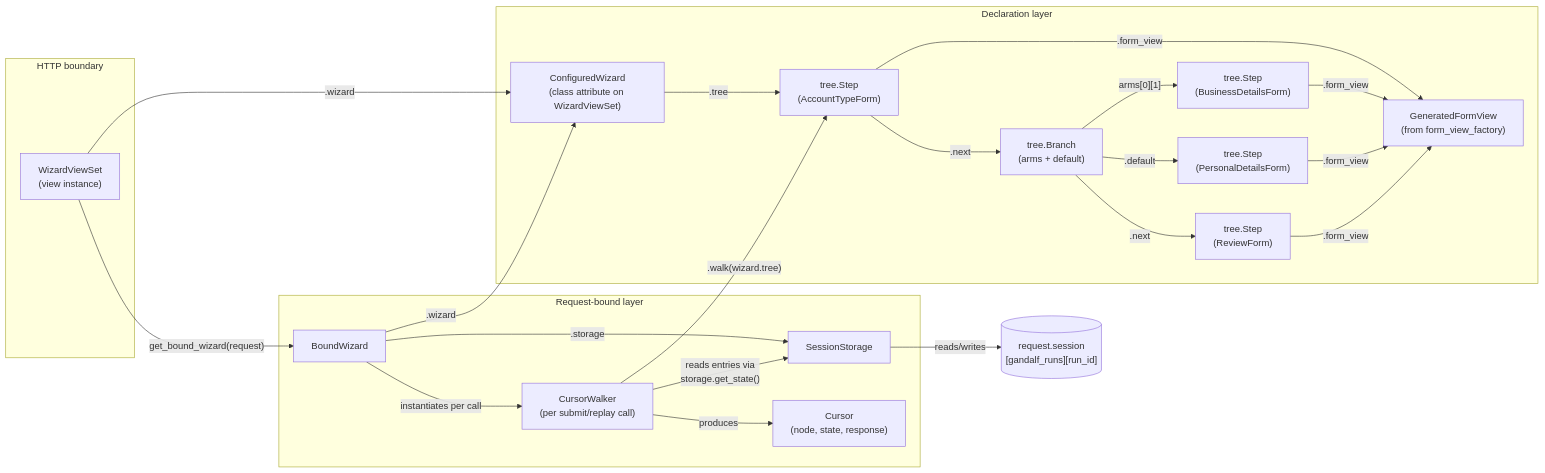
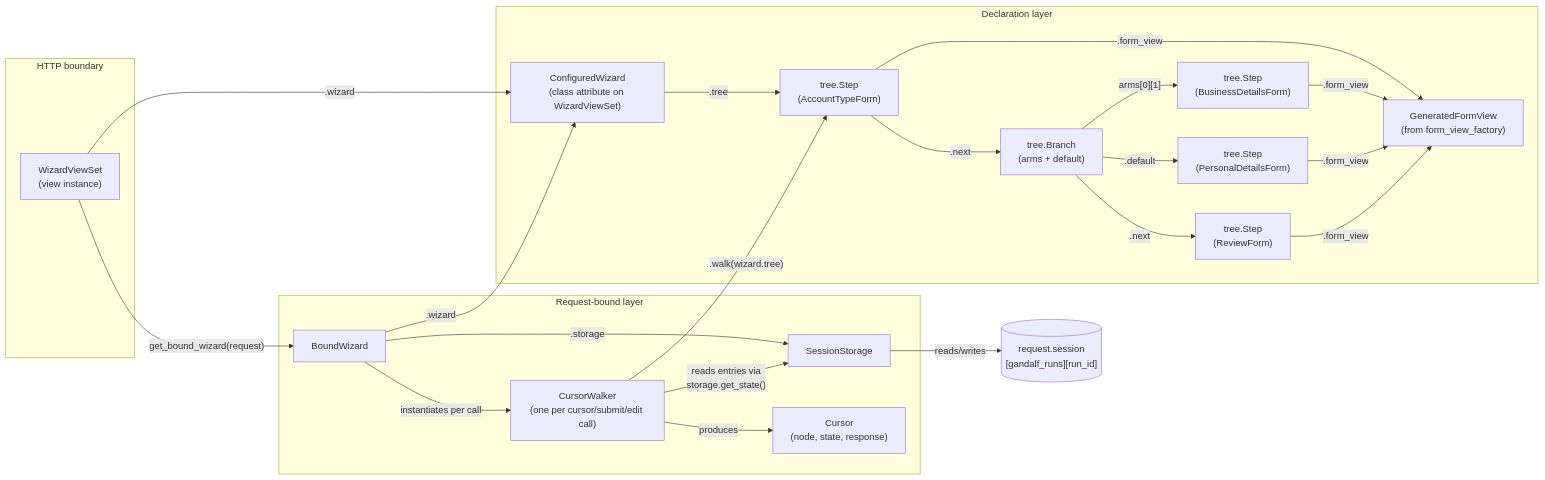
One commit to kevincarrogan/django-gandalf changed the first of 5 diagrams in ARCHITECTURE.md. Above: the diagram before and after it, drawn with Mermaid. The commit also changed other lines of this file and 12 other files, not shown here.

````diff
--- a/ARCHITECTURE.md
+++ b/ARCHITECTURE.md
@@ -42,45 +42,45 @@
 ```mermaid
 graph LR
     subgraph HTTP boundary
         WVS["WizardViewSet\n(view instance)"]
     end
 
     subgraph Declaration layer
         CW["ConfiguredWizard\n(class attribute on WizardViewSet)"]
         S1["tree.Step\n(AccountTypeForm)"]
         BR["tree.Branch\n(arms + default)"]
         S2a["tree.Step\n(BusinessDetailsForm)"]
         S2b["tree.Step\n(PersonalDetailsForm)"]
         S3["tree.Step\n(ReviewForm)"]
         FV["GeneratedFormView\n(from form_view_factory)"]
     end
 
     subgraph Request-bound layer
         BW["BoundWizard"]
         SS["SessionStorage"]
-        CWK["CursorWalker\n(per submit/replay call)"]
+        CWK["CursorWalker\n(one per cursor/submit/edit call)"]
         CUR["Cursor\n(node, state, response)"]
     end
 
     Session[("request.session\n[gandalf_runs][run_id]")]
 
     WVS -->|".wizard"| CW
     CW -->|".tree"| S1
     S1 -->|".next"| BR
     BR -->|"arms[0][1]"| S2a
     BR -->|".default"| S2b
     BR -->|".next"| S3
     S1 -->|".form_view"| FV
     S2a -->|".form_view"| FV
     S2b -->|".form_view"| FV
     S3 -->|".form_view"| FV
 
     WVS -->|"get_bound_wizard(request)"| BW
     BW -->|".wizard"| CW
     BW -->|".storage"| SS
     BW -->|"instantiates per call"| CWK
     CWK -->|".walk(wizard.tree)"| S1
     CWK -->|"produces"| CUR
     SS -->|"reads/writes"| Session
     CWK -->|"reads entries via\nstorage.get_state()"| SS
 ```
````
